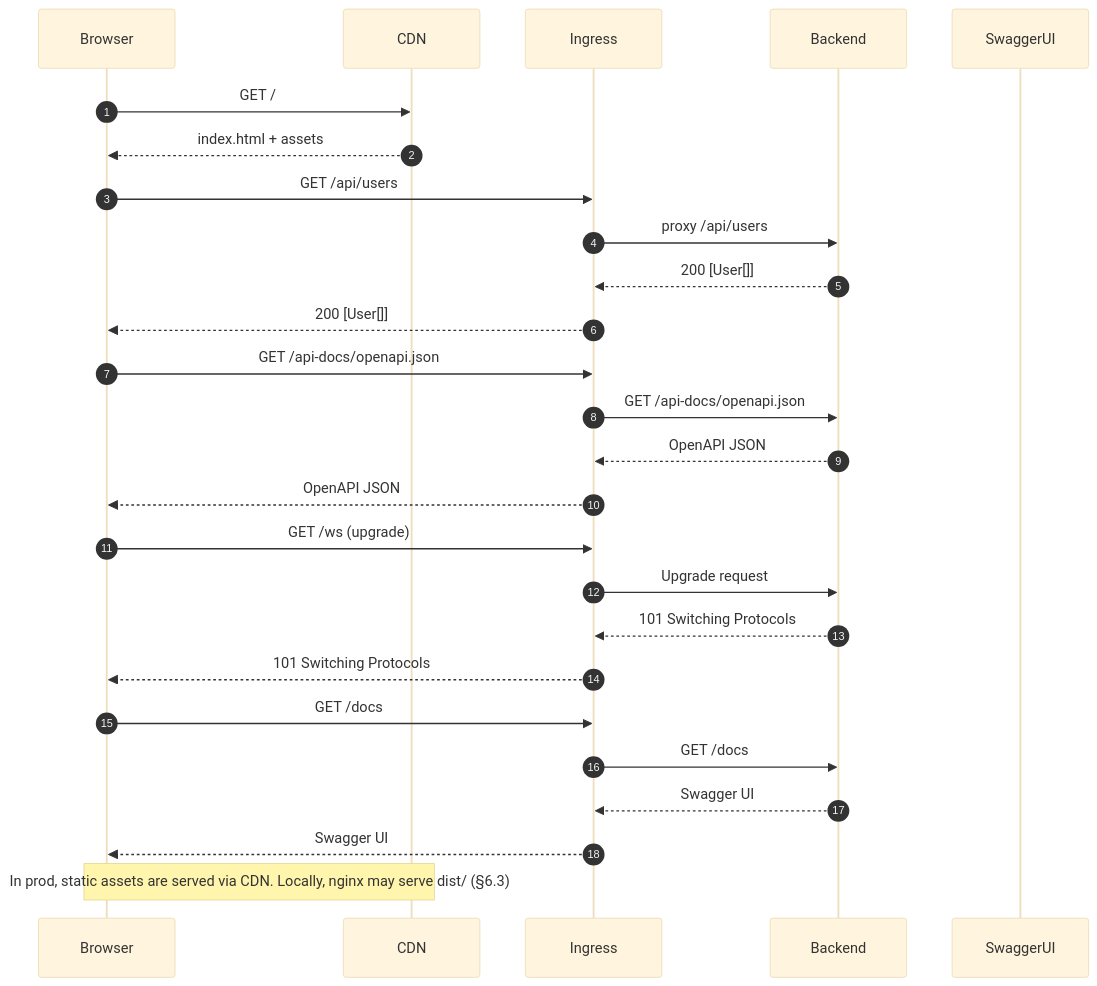
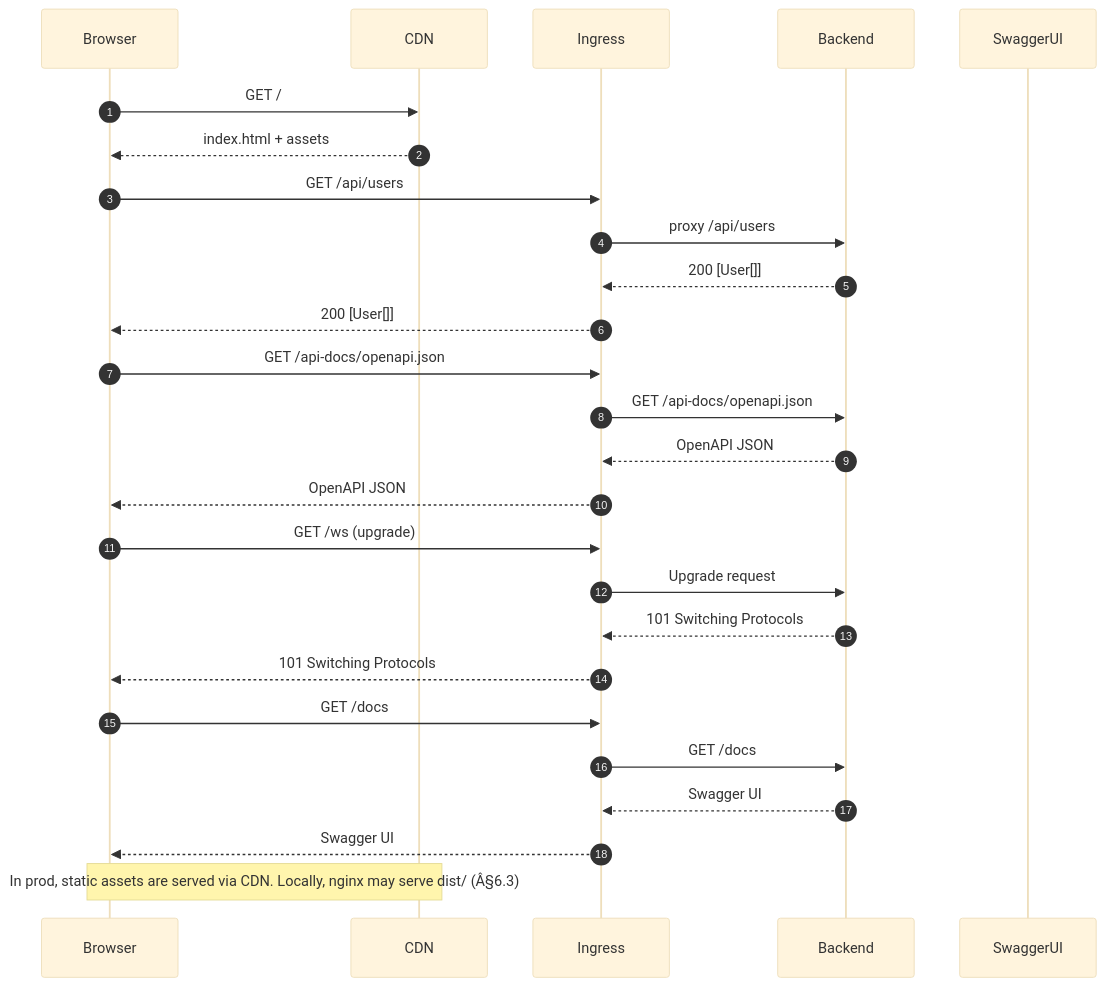
Before and after one commit to leynos/wildside: the first of 3 diagrams in docs/repository-structure.md, drawn with Mermaid (base theme). The commit also changed other lines of this file and 9 other files, not shown here.

````diff
--- a/docs/repository-structure.md
+++ b/docs/repository-structure.md
@@ -18,34 +18,34 @@
 ```mermaid
 sequenceDiagram
   autonumber
   participant Browser
   participant CDN
   participant Ingress
   participant Backend
   participant SwaggerUI
 
   Browser->>CDN: GET /
   CDN-->>Browser: index.html + assets
 
   Browser->>Ingress: GET /api/users
   Ingress->>Backend: proxy /api/users
   Backend-->>Ingress: 200 [User[]]
   Ingress-->>Browser: 200 [User[]]
 
   Browser->>Ingress: GET /api-docs/openapi.json
   Ingress->>Backend: GET /api-docs/openapi.json
   Backend-->>Ingress: OpenAPI JSON
   Ingress-->>Browser: OpenAPI JSON
 
   Browser->>Ingress: GET /ws (upgrade)
   Ingress->>Backend: Upgrade request
   Backend-->>Ingress: 101 Switching Protocols
   Ingress-->>Browser: 101 Switching Protocols
 
   Browser->>Ingress: GET /docs
   Ingress->>Backend: GET /docs
   Backend-->>Ingress: Swagger UI
   Ingress-->>Browser: Swagger UI
 
-  Note over Browser, CDN: In prod, static assets are served via CDN. Locally, nginx may serve dist/ (§6.3)
+  Note over Browser, CDN: In prod, static assets are served via CDN. Locally, nginx may serve dist/ (Â§6.3)
 ```
````
